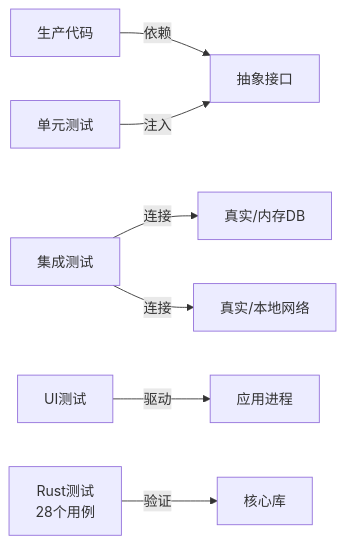
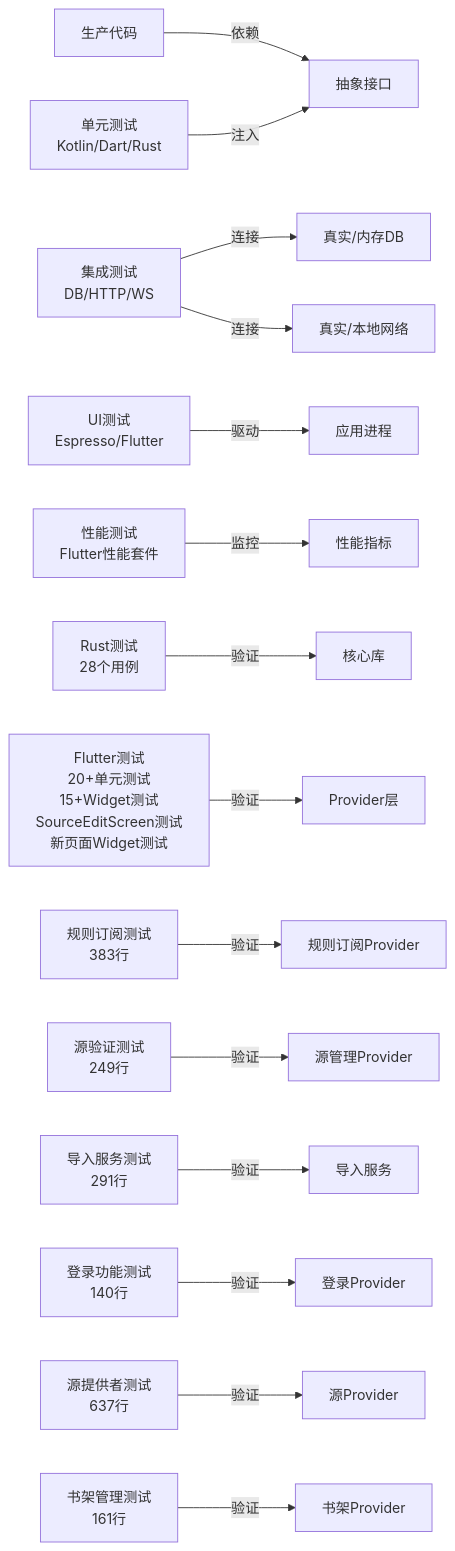
The seventh of 8 diagrams in .qoder/repowiki/zh/content/开发指南/测试策略/测试策略.md (ZhangGHGitHub/LegadoTeamFlutter), drawn with Mermaid before and after one commit. The commit also changed other lines of this file and 173 other files, not shown here.

````diff
--- a/.qoder/repowiki/zh/content/开发指南/测试策略/测试策略.md
+++ b/.qoder/repowiki/zh/content/开发指南/测试策略/测试策略.md
@@ -283,9 +692,17 @@
 ```mermaid
 graph LR
 Prod["生产代码"] --> |依赖| Abstraction["抽象接口"]
-TestU["单元测试"] --> |注入| Abstraction
-TestI["集成测试"] --> |连接| RealDB["真实/内存DB"]
+TestU["单元测试<br/>Kotlin/Dart/Rust"] --> |注入| Abstraction
+TestI["集成测试<br/>DB/HTTP/WS"] --> |连接| RealDB["真实/内存DB"]
 TestI --> |连接| RealNet["真实/本地网络"]
-TestUI["UI测试"] --> |驱动| App["应用进程"]
+TestUI["UI测试<br/>Espresso/Flutter"] --> |驱动| App["应用进程"]
+TestPerf["性能测试<br/>Flutter性能套件"] --> |监控| Metrics["性能指标"]
 RUST_TEST["Rust测试<br/>28个用例"] --> |验证| CoreLibs["核心库"]
+FLUTTER_TEST["Flutter测试<br/>20+单元测试<br/>15+Widget测试<br/>SourceEditScreen测试<br/>新页面Widget测试"] --> |验证| Providers["Provider层"]
+RULE_SUB_TEST["规则订阅测试<br/>383行"] --> |验证| RuleSubProviders["规则订阅Provider"]
+SOURCE_VALIDATION_TEST["源验证测试<br/>249行"] --> |验证| SourceProviders["源管理Provider"]
+IMPORT_SERVICE_TEST["导入服务测试<br/>291行"] --> |验证| ImportServices["导入服务"]
+LOGIN_TEST["登录功能测试<br/>140行"] --> |验证| LoginProviders["登录Provider"]
+SOURCE_PROVIDER_TEST["源提供者测试<br/>637行"] --> |验证| SourceProvider["源Provider"]
+BOOKSHELF_TEST["书架管理测试<br/>161行"] --> |验证| BookshelfProvider["书架Provider"]
 ```
````
